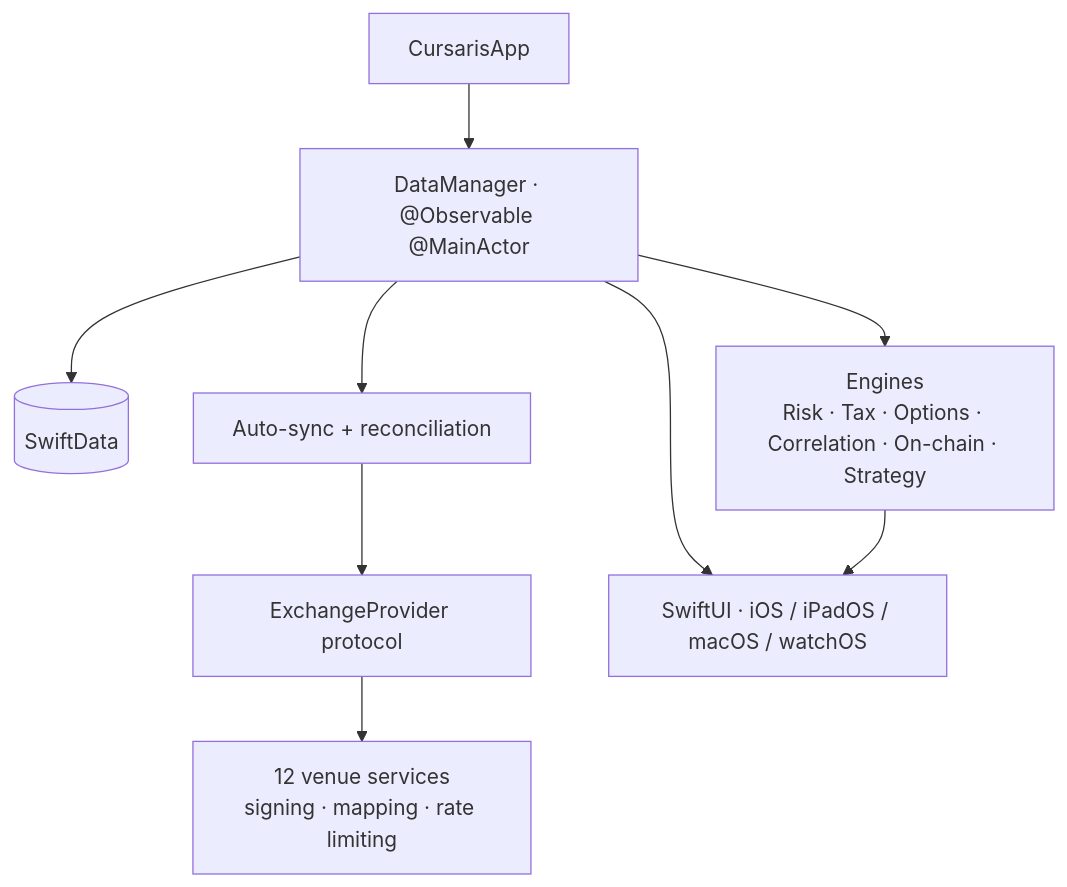
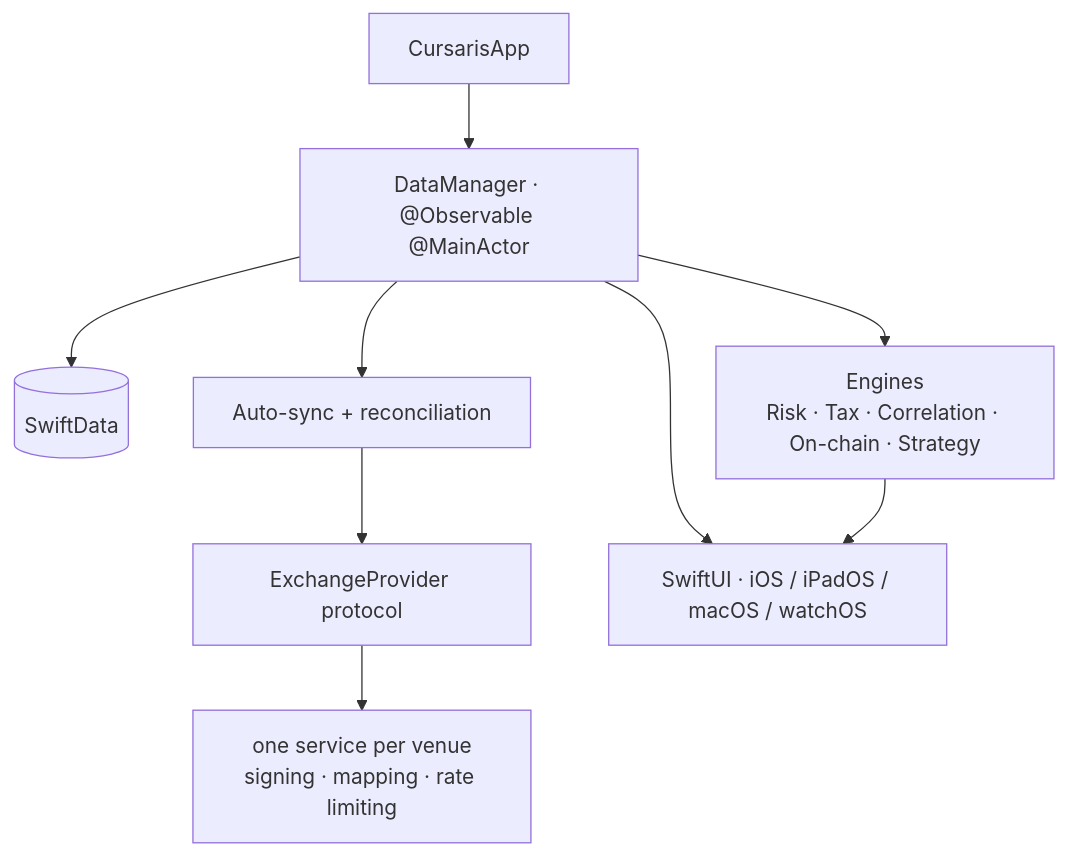
One commit to OleksandrUskov/cursaris-showcase changed the diagram in README.md. Above: the diagram before and after it, drawn with Mermaid. The commit also changed other lines of this file and 9 other files, not shown here.

````diff
--- a/README.md
+++ b/README.md
@@ -109,11 +108,11 @@
 ```mermaid
 flowchart TD
     App[CursarisApp] --> DM[DataManager · @Observable @MainActor]
     DM --> Store[(SwiftData)]
     DM --> Sync[Auto-sync + reconciliation]
     Sync --> Provider[ExchangeProvider protocol]
-    Provider --> EX["12 venue services<br/>signing · mapping · rate limiting"]
-    DM --> Engines["Engines<br/>Risk · Tax · Options · Correlation · On-chain · Strategy"]
+    Provider --> EX["one service per venue<br/>signing · mapping · rate limiting"]
+    DM --> Engines["Engines<br/>Risk · Tax · Correlation · On-chain · Strategy"]
     DM --> Views[SwiftUI · iOS / iPadOS / macOS / watchOS]
     Engines --> Views
 ```
````
